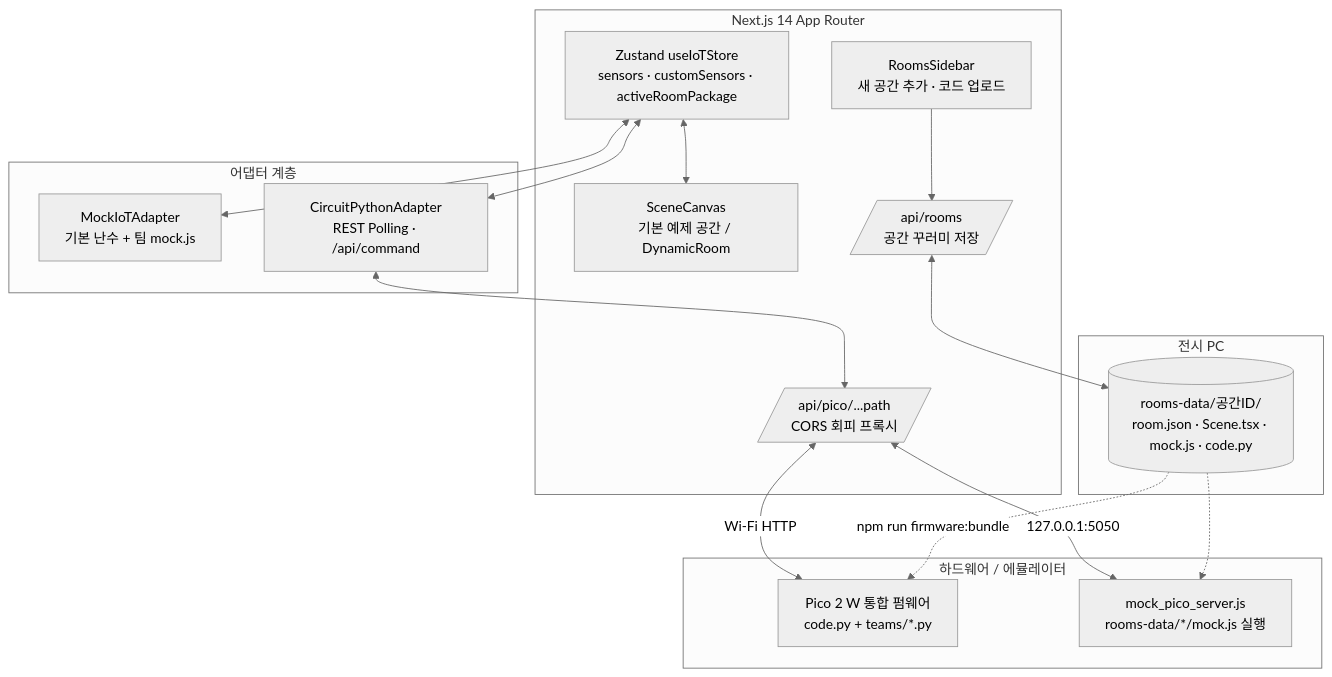
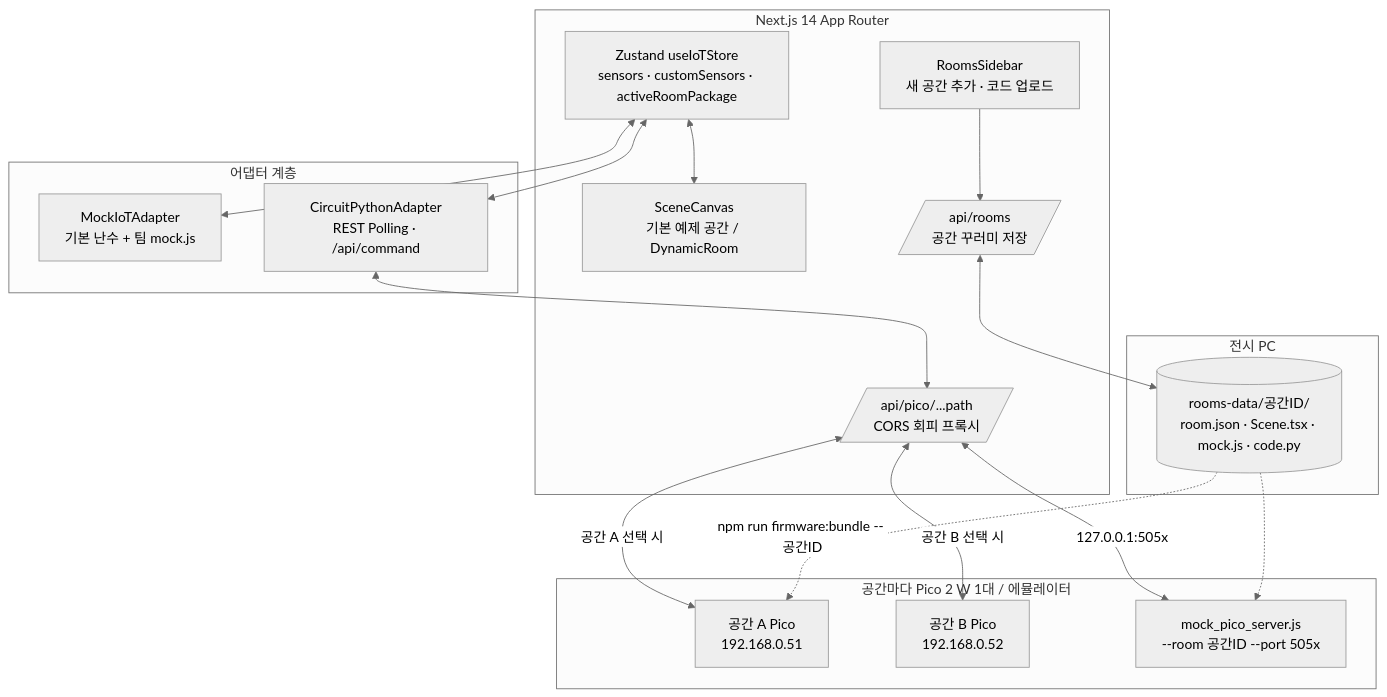
Before and after one commit to foxjini/mdp2026-1st-grade: the diagram in README.md, drawn with Mermaid (neutral theme). The commit also changed other lines of this file and 15 other files, not shown here.

First line of the commit message:
docs: 공간마다 Pico 2 W 1대 구조로 매뉴얼·컨텍스트·템플릿 갱신

````diff
--- a/README.md
+++ b/README.md
@@ -63,35 +65,37 @@
 ```mermaid
 graph TD
     subgraph Frontend [Next.js 14 App Router]
         Sidebar[RoomsSidebar<br/>새 공간 추가 · 코드 업로드]
         Store[Zustand useIoTStore<br/>sensors · customSensors · activeRoomPackage]
         R3F[SceneCanvas<br/>기본 예제 공간 / DynamicRoom]
         RoomsAPI[/api/rooms<br/>공간 꾸러미 저장/]
         Proxy[/api/pico/...path<br/>CORS 회피 프록시/]
         Sidebar --> RoomsAPI
         Store <--> R3F
     end
 
     subgraph Storage [전시 PC]
         Rooms[(rooms-data/공간ID/<br/>room.json · Scene.tsx · mock.js · code.py)]
     end
 
     subgraph Adapters [어댑터 계층]
         MockAdapter[MockIoTAdapter<br/>기본 난수 + 팀 mock.js]
         CPAdapter[CircuitPythonAdapter<br/>REST Polling · /api/command]
     end
 
-    subgraph Hardware [하드웨어 / 에뮬레이터]
-        Pico[Pico 2 W 통합 펌웨어<br/>code.py + teams/*.py]
-        MockServer[mock_pico_server.js<br/>rooms-data/*/mock.js 실행]
+    subgraph Hardware [공간마다 Pico 2 W 1대 / 에뮬레이터]
+        PicoA[공간 A Pico<br/>192.168.0.51]
+        PicoB[공간 B Pico<br/>192.168.0.52]
+        MockServer[mock_pico_server.js<br/>--room 공간ID --port 505x]
     end
 
     RoomsAPI <--> Rooms
     Store <--> MockAdapter
     Store <--> CPAdapter
     CPAdapter <--> Proxy
-    Proxy <-->|Wi-Fi HTTP| Pico
-    Proxy <-->|127.0.0.1:5050| MockServer
-    Rooms -. npm run firmware:bundle .-> Pico
+    Proxy <-->|공간 A 선택 시| PicoA
+    Proxy <-->|공간 B 선택 시| PicoB
+    Proxy <-->|127.0.0.1:505x| MockServer
+    Rooms -. npm run firmware:bundle -- 공간ID .-> PicoA
     Rooms -.-> MockServer
 ```
````
